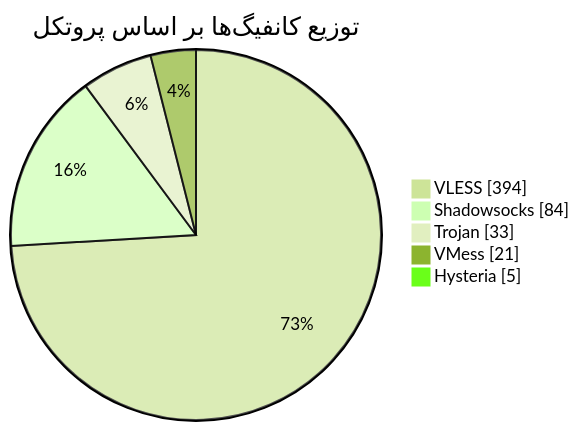
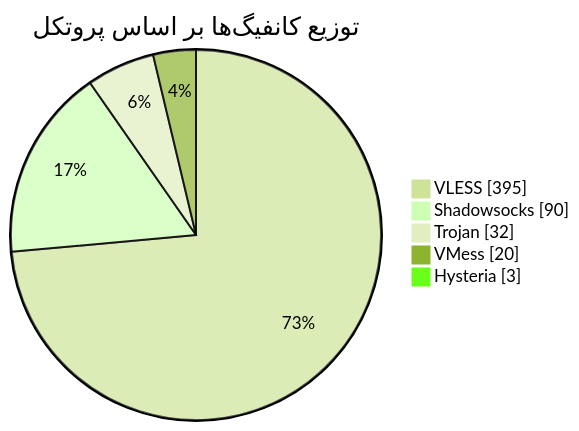
Before and after one commit to Arian-Alijani/Somthing: the diagram in README.md, drawn with Mermaid (forest theme). The commit also changed other lines of this file and 77 other files, not shown here.

````diff
--- a/README.md
+++ b/README.md
@@ -47,9 +47,9 @@
 ```mermaid
 pie showData
     title توزیع کانفیگ‌ها بر اساس پروتکل
-    "VLESS" : 394
-    "Shadowsocks" : 84
-    "Trojan" : 33
-    "VMess" : 21
-    "Hysteria" : 5
+    "VLESS" : 395
+    "Shadowsocks" : 90
+    "Trojan" : 32
+    "VMess" : 20
+    "Hysteria" : 3
 ```
````
